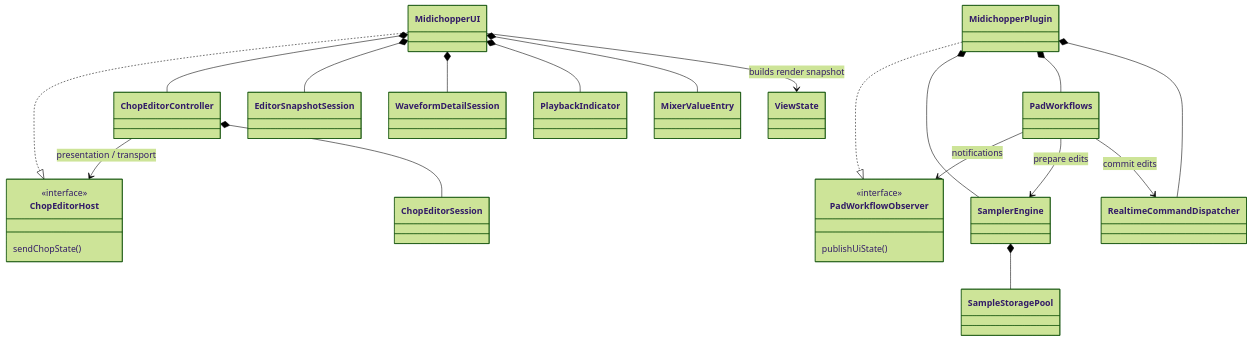
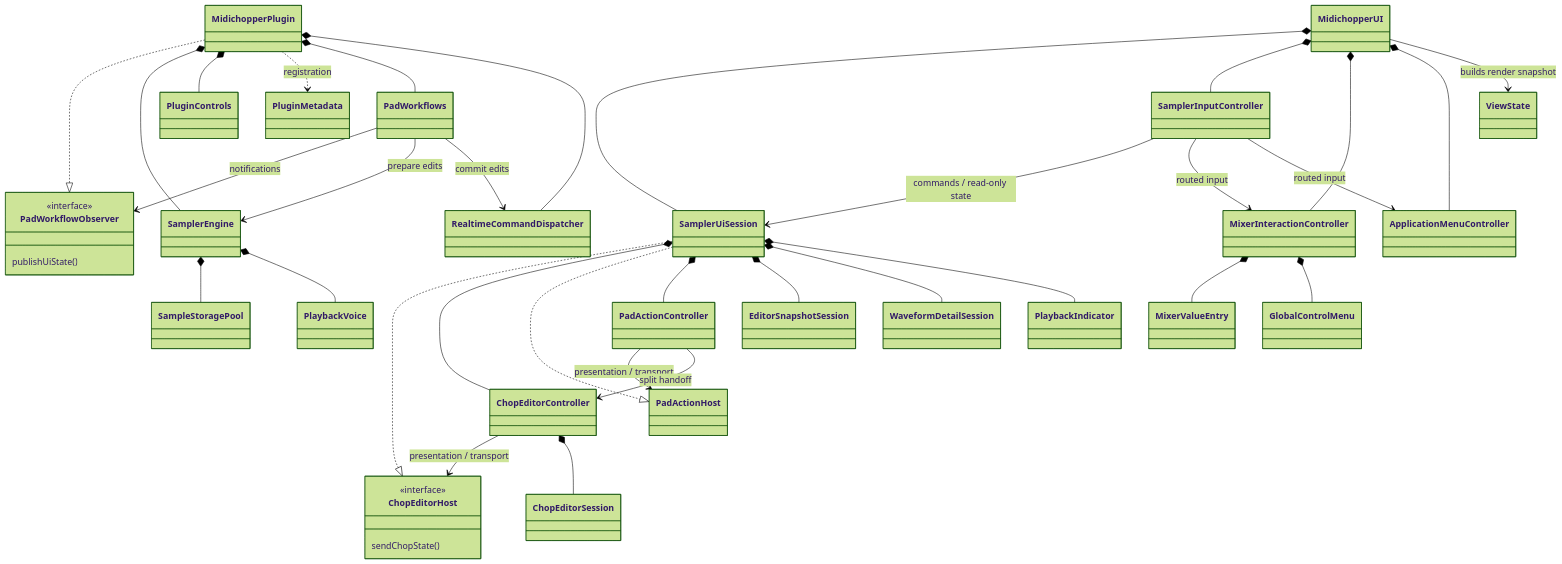
One commit to sirsipe/SMS-Plugins changed the second of 2 diagrams in Docs/ARCHITECTURE.md. Above: the diagram before and after it, drawn with Mermaid (forest theme). The commit also changed other lines of this file and 41 other files, not shown here.

First line of the commit message:
Refactor sampler, plugin, and UI responsibilities

````diff
--- a/Docs/ARCHITECTURE.md
+++ b/Docs/ARCHITECTURE.md
@@ -32,28 +56,43 @@
 ```mermaid
 classDiagram
     class PadWorkflowObserver {
         <<interface>>
         publishUiState()
     }
     class ChopEditorHost {
         <<interface>>
         sendChopState()
     }
     MidichopperPlugin ..|> PadWorkflowObserver
     MidichopperPlugin *-- SamplerEngine
+    MidichopperPlugin *-- PluginControls
+    MidichopperPlugin ..> PluginMetadata : registration
     MidichopperPlugin *-- PadWorkflows
     MidichopperPlugin *-- RealtimeCommandDispatcher
     PadWorkflows --> PadWorkflowObserver : notifications
     PadWorkflows --> SamplerEngine : prepare edits
     PadWorkflows --> RealtimeCommandDispatcher : commit edits
     SamplerEngine *-- SampleStoragePool
-    MidichopperUI ..|> ChopEditorHost
-    MidichopperUI *-- ChopEditorController
+    SamplerEngine *-- PlaybackVoice
+    MidichopperUI *-- SamplerUiSession
+    MidichopperUI *-- SamplerInputController
+    MidichopperUI *-- MixerInteractionController
+    MidichopperUI *-- ApplicationMenuController
+    SamplerInputController --> SamplerUiSession : commands / read-only state
+    SamplerInputController --> MixerInteractionController : routed input
+    SamplerInputController --> ApplicationMenuController : routed input
+    SamplerUiSession ..|> ChopEditorHost
+    SamplerUiSession *-- ChopEditorController
+    SamplerUiSession ..|> PadActionHost
+    SamplerUiSession *-- PadActionController
+    PadActionController --> PadActionHost : presentation / transport
+    PadActionController --> ChopEditorController : split handoff
     ChopEditorController --> ChopEditorHost : presentation / transport
     ChopEditorController *-- ChopEditorSession
-    MidichopperUI *-- EditorSnapshotSession
-    MidichopperUI *-- WaveformDetailSession
-    MidichopperUI *-- PlaybackIndicator
-    MidichopperUI *-- MixerValueEntry
+    SamplerUiSession *-- EditorSnapshotSession
+    SamplerUiSession *-- WaveformDetailSession
+    SamplerUiSession *-- PlaybackIndicator
+    MixerInteractionController *-- MixerValueEntry
+    MixerInteractionController *-- GlobalControlMenu
     MidichopperUI --> ViewState : builds render snapshot
 ```
````
